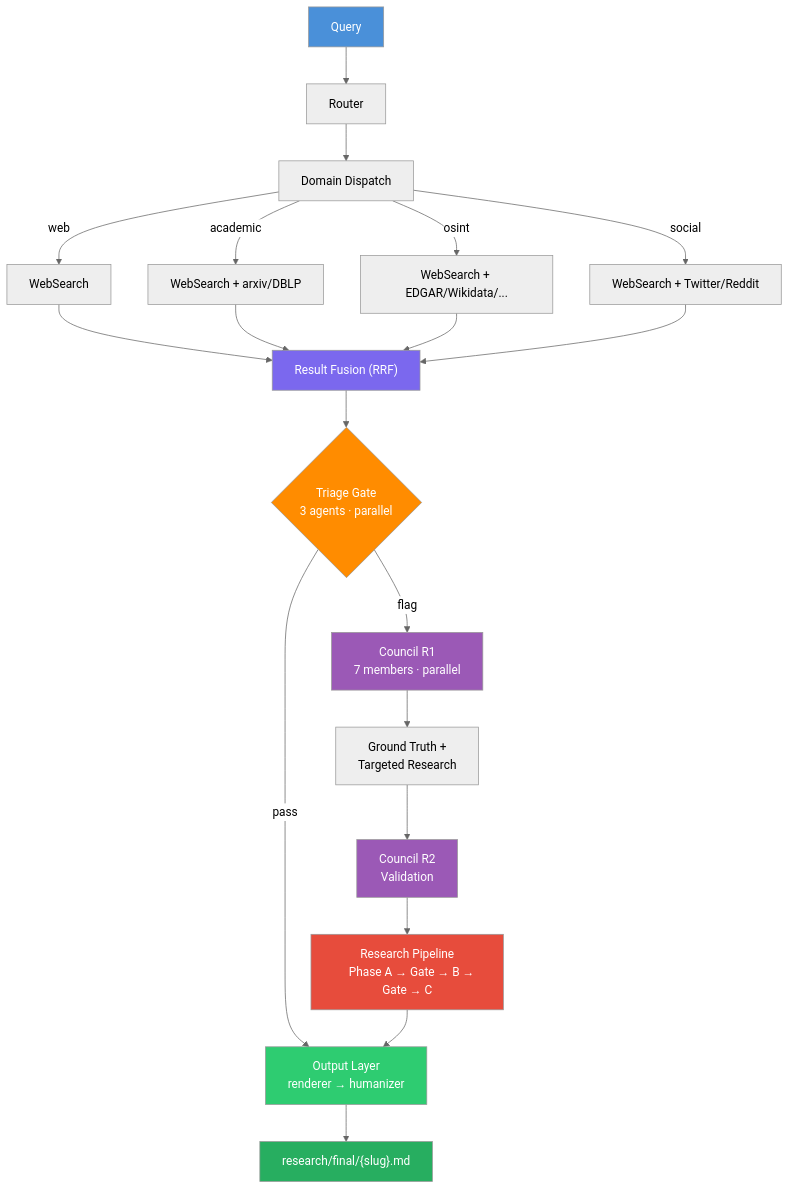
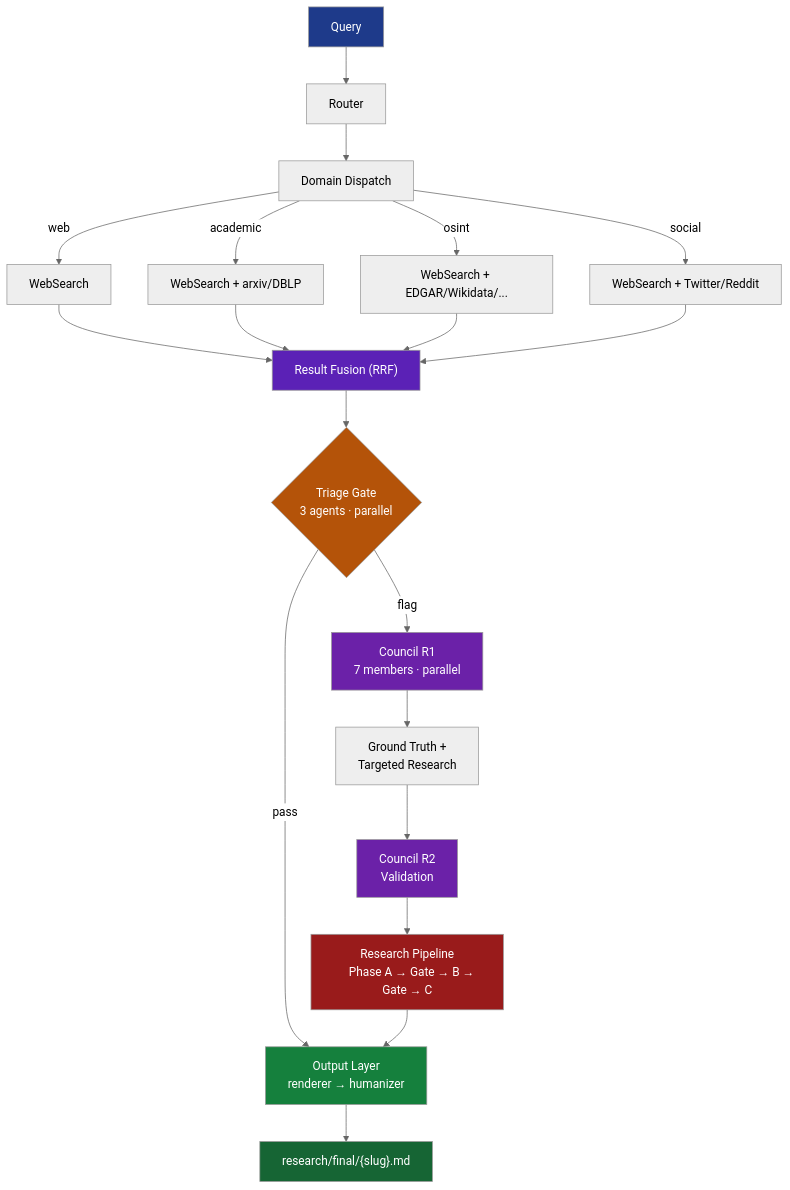
The first of 4 diagrams in README.md (adambkovacs/seine-agentic-search-orchestrator-plugin), drawn with Mermaid (neutral theme) before and after one commit. The commit also changed other lines of this file and 1 other file, not shown here.

First line of the commit message:
fix: WCAG AA compliant Mermaid diagram colors

````diff
--- a/README.md
+++ b/README.md
@@ -218,38 +218,38 @@
 ```mermaid
 flowchart TD
     Q["Query"] --> R["Router"]
     R --> D["Domain Dispatch"]
     D --> |web| W["WebSearch"]
     D --> |academic| A["WebSearch + arxiv/DBLP"]
     D --> |osint| O["WebSearch + EDGAR/Wikidata/..."]
     D --> |social| S["WebSearch + Twitter/Reddit"]
 
     W & A & O & S --> F["Result Fusion (RRF)"]
 
     F --> T{"Triage Gate
     3 agents · parallel"}
     T --> |"pass"| OUT
     T --> |"flag"| C1
 
     C1["Council R1
     7 members · parallel"] --> GT["Ground Truth +
     Targeted Research"]
     GT --> C2["Council R2
     Validation"]
 
     C2 --> RP["Research Pipeline
     Phase A → Gate → B → Gate → C"]
 
     RP --> OUT["Output Layer
     renderer → humanizer"]
     OUT --> FINAL["research/final/{slug}.md"]
 
-    style Q fill:#4A90D9,color:#fff
-    style F fill:#7B68EE,color:#fff
-    style T fill:#FF8C00,color:#fff
-    style C1 fill:#9B59B6,color:#fff
-    style C2 fill:#9B59B6,color:#fff
-    style RP fill:#E74C3C,color:#fff
-    style OUT fill:#2ECC71,color:#fff
-    style FINAL fill:#27AE60,color:#fff
+    style Q fill:#1E3A8A,color:#fff
+    style F fill:#5B21B6,color:#fff
+    style T fill:#B45309,color:#fff
+    style C1 fill:#6B21A8,color:#fff
+    style C2 fill:#6B21A8,color:#fff
+    style RP fill:#991B1B,color:#fff
+    style OUT fill:#15803D,color:#fff
+    style FINAL fill:#166534,color:#fff
 ```
````
